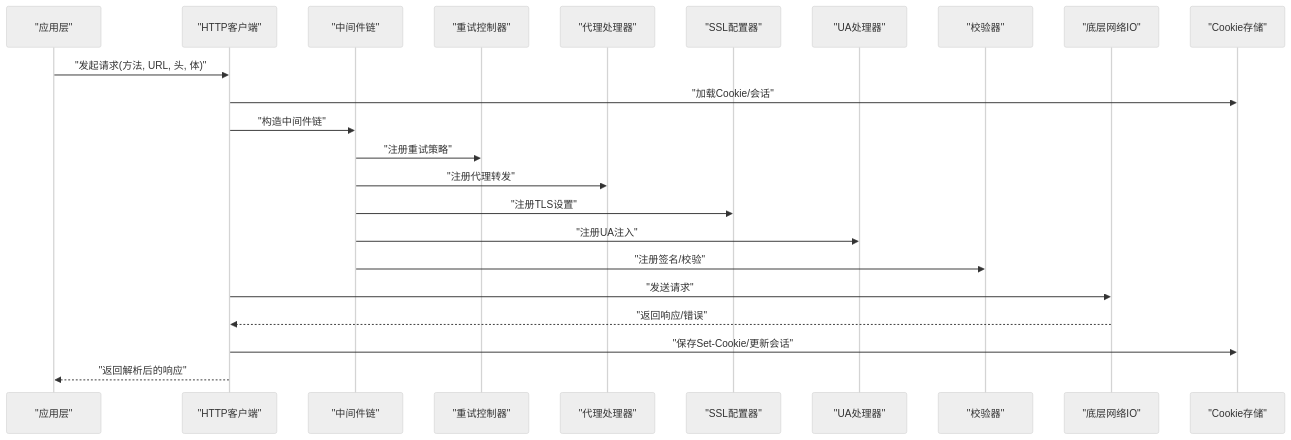
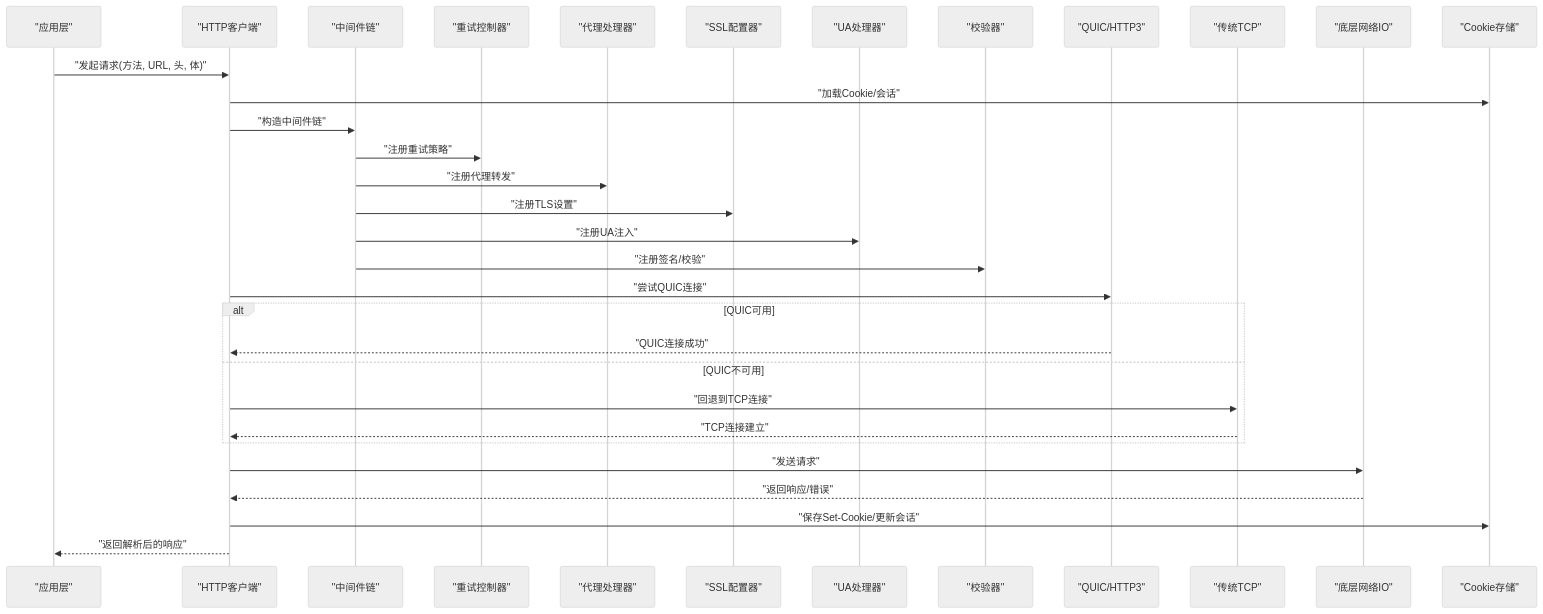
The second of 10 diagrams in .qoder/repowiki/zh/content/Rust核心库/网络层/网络层.md (ZhangGHGitHub/LegadoTeamFlutter), drawn with Mermaid (neutral theme) before and after one commit. The commit also changed other lines of this file and 60 other files, not shown here.

````diff
--- a/.qoder/repowiki/zh/content/Rust核心库/网络层/网络层.md
+++ b/.qoder/repowiki/zh/content/Rust核心库/网络层/网络层.md
@@ -145,25 +163,34 @@
 ```mermaid
 sequenceDiagram
 participant App as "应用层"
 participant Client as "HTTP客户端"
 participant MW as "中间件链"
 participant Retry as "重试控制器"
 participant Proxy as "代理处理器"
 participant SSL as "SSL配置器"
 participant UA as "UA处理器"
 participant Verify as "校验器"
+participant QUIC as "QUIC/HTTP3"
+participant TCP as "传统TCP"
 participant Net as "底层网络IO"
 participant Store as "Cookie存储"
 App->>Client : "发起请求(方法, URL, 头, 体)"
 Client->>Store : "加载Cookie/会话"
 Client->>MW : "构造中间件链"
 MW->>Retry : "注册重试策略"
 MW->>Proxy : "注册代理转发"
 MW->>SSL : "注册TLS设置"
 MW->>UA : "注册UA注入"
 MW->>Verify : "注册签名/校验"
+Client->>QUIC : "尝试QUIC连接"
+alt QUIC可用
+QUIC-->>Client : "QUIC连接成功"
+else QUIC不可用
+Client->>TCP : "回退到TCP连接"
+TCP-->>Client : "TCP连接建立"
+end
 Client->>Net : "发送请求"
 Net-->>Client : "返回响应/错误"
 Client->>Store : "保存Set-Cookie/更新会话"
 Client-->>App : "返回解析后的响应"
 ```
````
